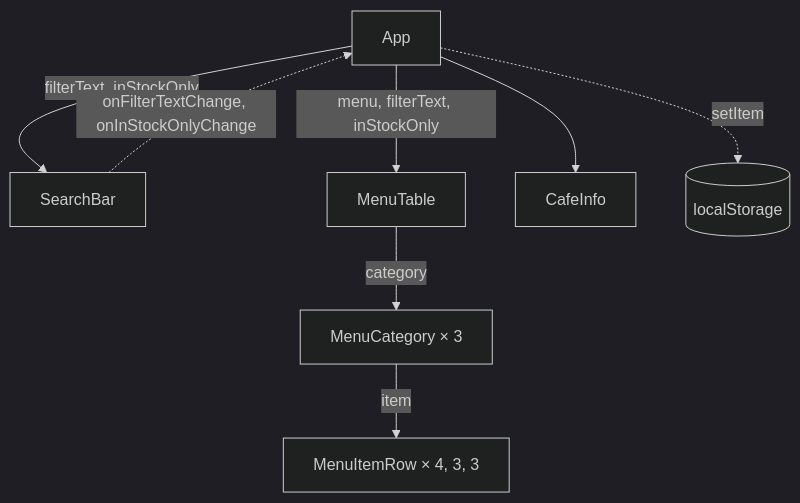
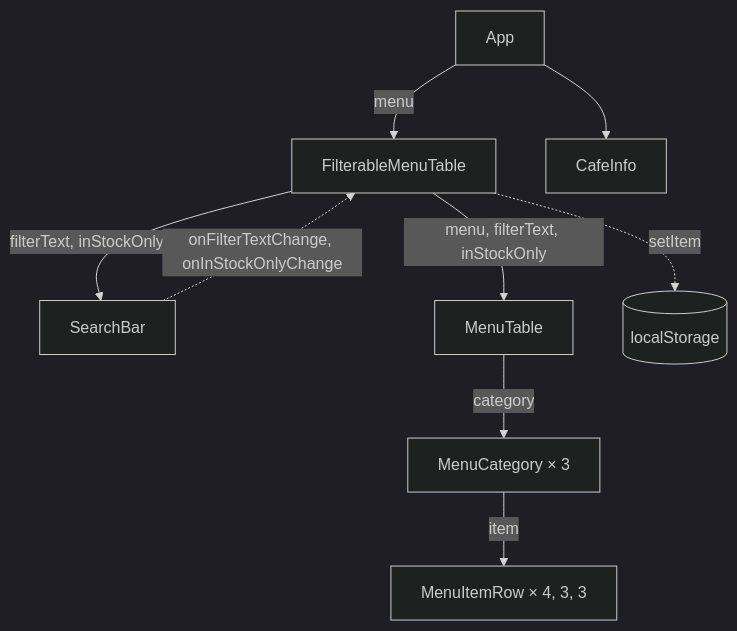
The diagram in lab-4/README.md (maksym-kovalchuk-ThePolarLeo/react-labs), drawn with Mermaid (dark theme) before and after one commit. The commit also changed other lines of this file, not shown here.

Commit message:
docs: compare renders before and after state colocation

````diff
--- a/lab-4/README.md
+++ b/lab-4/README.md
@@ -31,10 +31,11 @@
 ```mermaid
 flowchart TD
-  App -->|"filterText, inStockOnly"| SearchBar
-  App -->|"menu, filterText, inStockOnly"| MenuTable
+  App -->|menu| FilterableMenuTable
   App --> CafeInfo
+  FilterableMenuTable -->|"filterText, inStockOnly"| SearchBar
+  FilterableMenuTable -->|"menu, filterText, inStockOnly"| MenuTable
   MenuTable -->|category| MenuCategory["MenuCategory × 3"]
   MenuCategory -->|item| MenuItemRow["MenuItemRow × 4, 3, 3"]
-  SearchBar -.->|"onFilterTextChange, onInStockOnlyChange"| App
-  App -.->|setItem| LocalStorage[("localStorage")]
+  SearchBar -.->|"onFilterTextChange, onInStockOnlyChange"| FilterableMenuTable
+  FilterableMenuTable -.->|setItem| LocalStorage[("localStorage")]
 ```
````
